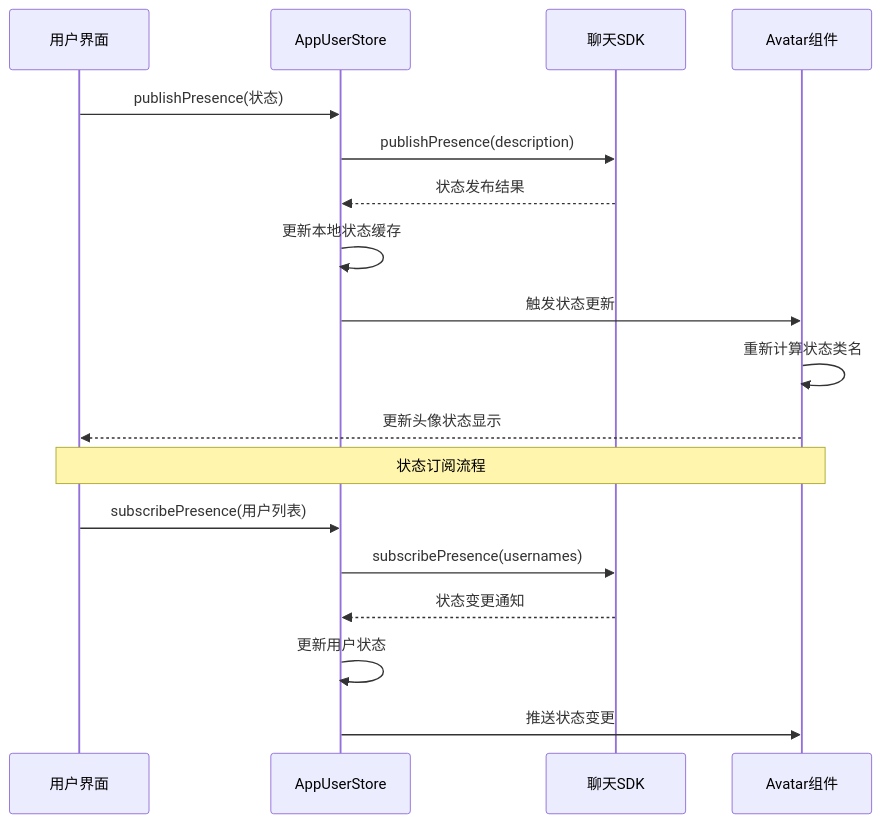
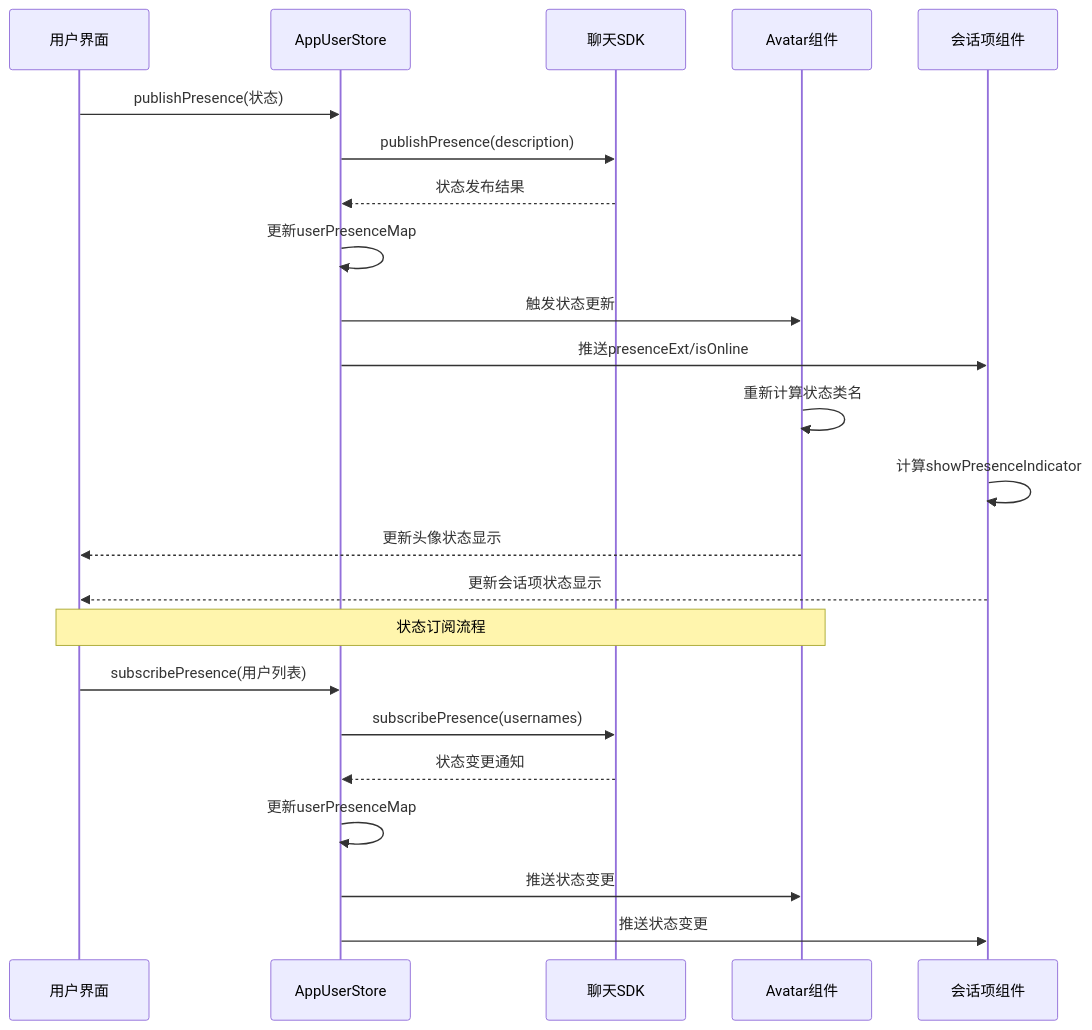
The second of 9 diagrams in .qoder/repowiki/zh/content/Presence Indicator Controls.md (Easemob-Community/easemob-uikit-uniapp-community), drawn with Mermaid before and after one commit. The commit also changed other lines of this file and 5 other files, not shown here.

````diff
--- a/.qoder/repowiki/zh/content/Presence Indicator Controls.md
+++ b/.qoder/repowiki/zh/content/Presence Indicator Controls.md
@@ -98,20 +121,25 @@
 ```mermaid
 sequenceDiagram
 participant User as 用户界面
 participant Store as AppUserStore
 participant SDK as 聊天SDK
 participant Avatar as Avatar组件
+participant ConvItem as 会话项组件
 User->>Store : publishPresence(状态)
 Store->>SDK : publishPresence(description)
 SDK-->>Store : 状态发布结果
-Store->>Store : 更新本地状态缓存
+Store->>Store : 更新userPresenceMap
 Store->>Avatar : 触发状态更新
+Store->>ConvItem : 推送presenceExt/isOnline
 Avatar->>Avatar : 重新计算状态类名
+ConvItem->>ConvItem : 计算showPresenceIndicator
 Avatar-->>User : 更新头像状态显示
+ConvItem-->>User : 更新会话项状态显示
 Note over User,Avatar : 状态订阅流程
 User->>Store : subscribePresence(用户列表)
 Store->>SDK : subscribePresence(usernames)
 SDK-->>Store : 状态变更通知
-Store->>Store : 更新用户状态
+Store->>Store : 更新userPresenceMap
 Store->>Avatar : 推送状态变更
+Store->>ConvItem : 推送状态变更
 ```
````
